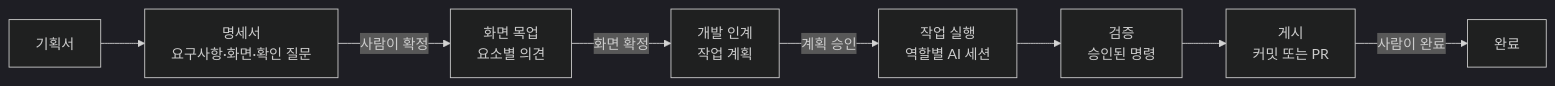
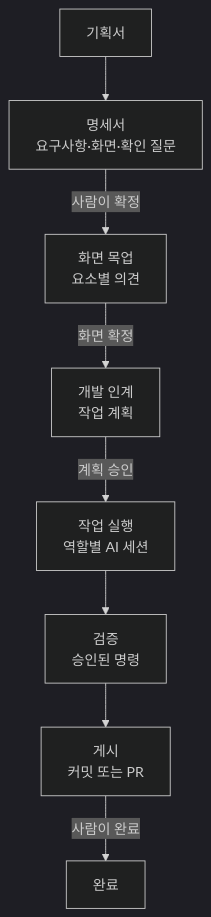
The diagram in _posts/2026-11-10-devroster-01-intro.md (edcs960/edcs960.github.io), drawn with Mermaid (dark theme) before and after one commit.

Commit message:
docs: 1편 전체 흐름도를 세로 방향으로 바꿔 읽기 쉽게
가로 9단계 흐름도가 본문 폭에 맞춰 줄어 글자가 너무 작았다.

````diff
--- a/_posts/2026-11-10-devroster-01-intro.md
+++ b/_posts/2026-11-10-devroster-01-intro.md
@@ -31,10 +31,10 @@
 ```mermaid
-flowchart LR
+flowchart TD
   brief["기획서"] --> spec["명세서<br/>요구사항·화면·확인 질문"]
   spec -->|사람이 확정| mock["화면 목업<br/>요소별 의견"]
   mock -->|화면 확정| handoff["개발 인계<br/>작업 계획"]
   handoff -->|계획 승인| run["작업 실행<br/>역할별 AI 세션"]
   run --> verify["검증<br/>승인된 명령"]
   verify --> publish["게시<br/>커밋 또는 PR"]
   publish -->|사람이 완료| done["완료"]
 ```
````
